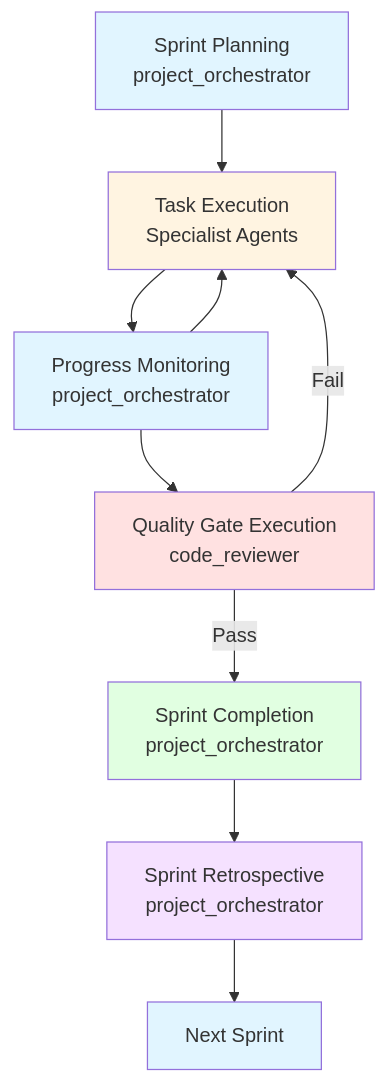
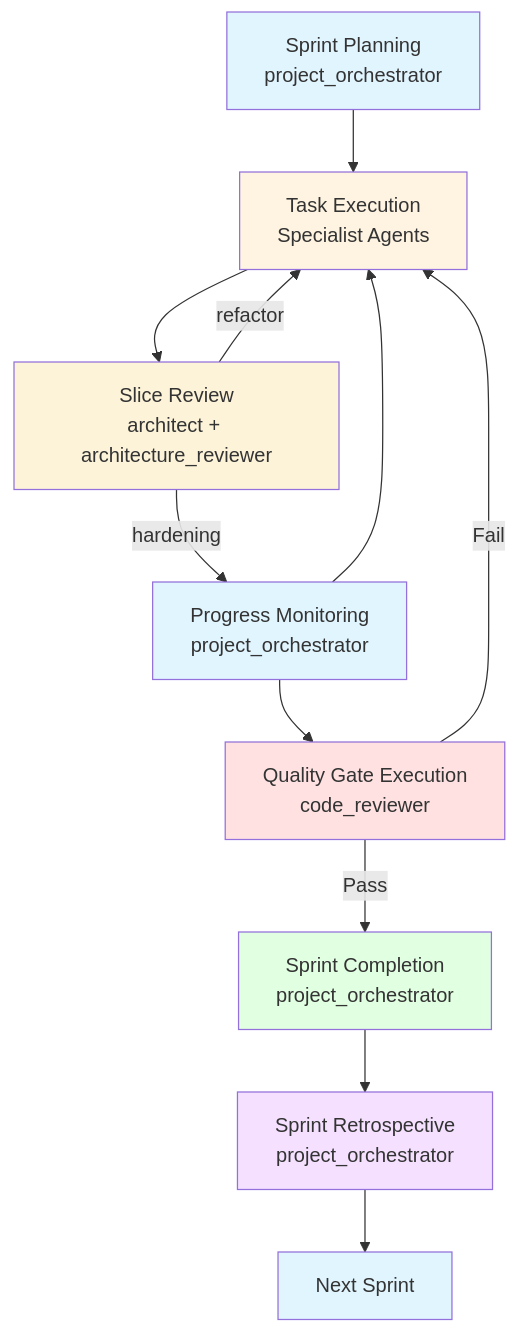
One commit to ZoodiacR/CASF changed the diagram in .claude/workflows/sprint_workflow.md. Above: the diagram before and after it, drawn with Mermaid. The commit also changed other lines of this file and 19 other files, not shown here.

````diff
--- a/.claude/workflows/sprint_workflow.md
+++ b/.claude/workflows/sprint_workflow.md
@@ -180,19 +198,22 @@
 ```mermaid
 graph TD
     A[Sprint Planning<br/>project_orchestrator] --> B[Task Execution<br/>Specialist Agents]
-    B --> C[Progress Monitoring<br/>project_orchestrator]
+    B --> B2[Slice Review<br/>architect + architecture_reviewer]
+    B2 -->|hardening| C[Progress Monitoring<br/>project_orchestrator]
+    B2 -->|refactor| B
     C --> B
     C --> D[Quality Gate Execution<br/>code_reviewer]
     D -->|Pass| E[Sprint Completion<br/>project_orchestrator]
     D -->|Fail| B
     E --> F[Sprint Retrospective<br/>project_orchestrator]
     F --> G[Next Sprint]
     
     style A fill:#e1f5ff
     style B fill:#fff4e1
+    style B2 fill:#fdf3d9
     style C fill:#e1f5ff
     style D fill:#ffe1e1
     style E fill:#e1ffe1
     style F fill:#f5e1ff
     style G fill:#e1f5ff
 ```
````
